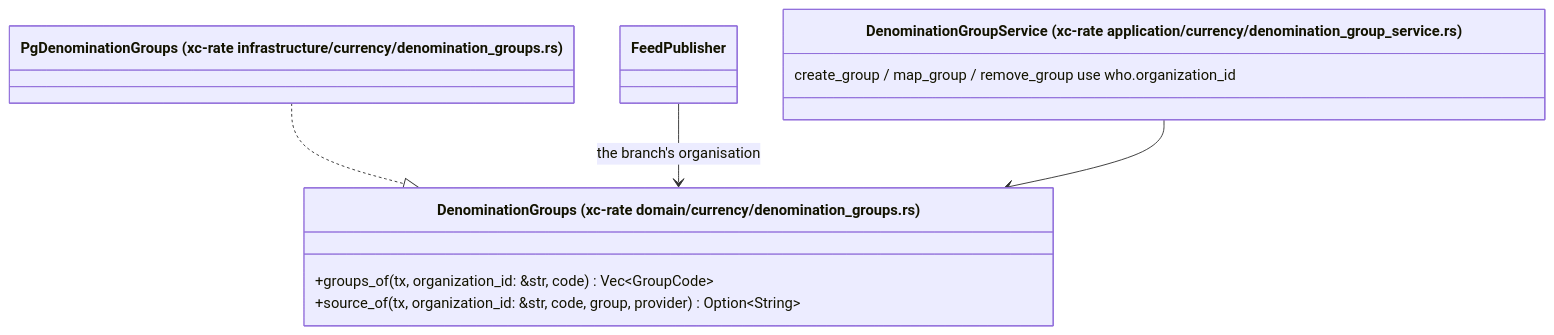
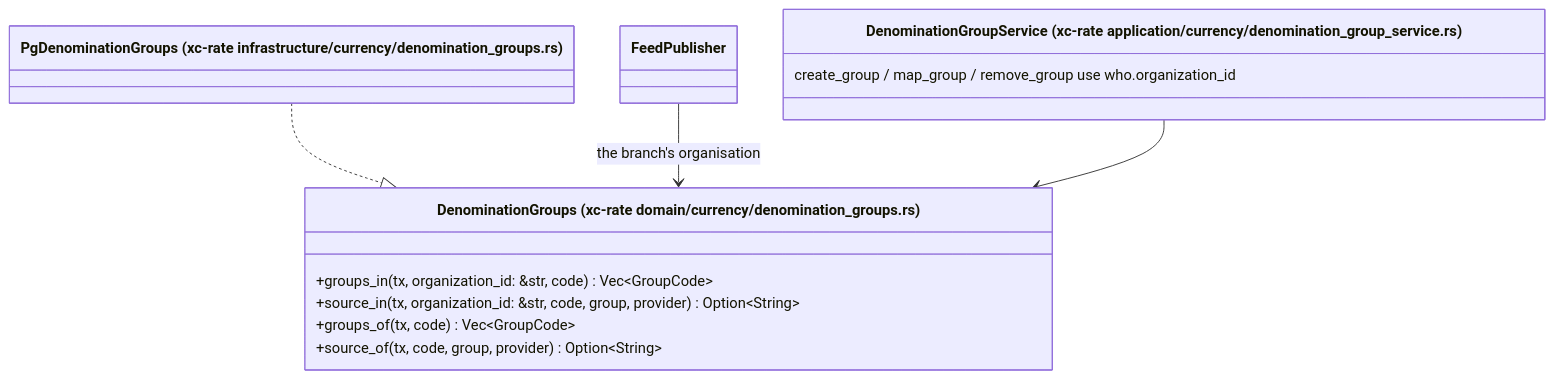
Before and after one commit to yuthstyle88/xchange-dev: diagram 12 of 13 in docs/design/org-wide-actor-branch.md, drawn with Mermaid. The commit also changed other lines of this file, not shown here.

Commit message:
docs(design): §15.15 groups_in / source_in keep the frozen test compiling (#5760)
The frozen xc-rate denomination_groups_test calls groups_of/source_of with
today's signature, so the organisation comes in through new methods.

Claude-Session: https://claude.ai/code/session_01BYi48GD3Rc5ZxUckUYdVoR

````diff
--- a/docs/design/org-wide-actor-branch.md
+++ b/docs/design/org-wide-actor-branch.md
@@ -1515,14 +1515,16 @@
 ```mermaid
 classDiagram
   class DenominationGroups["DenominationGroups (xc-rate domain/currency/denomination_groups.rs)"] {
-    +groups_of(tx, organization_id: &str, code) Vec~GroupCode~
-    +source_of(tx, organization_id: &str, code, group, provider) Option~String~
+    +groups_in(tx, organization_id: &str, code) Vec~GroupCode~
+    +source_in(tx, organization_id: &str, code, group, provider) Option~String~
+    +groups_of(tx, code) Vec~GroupCode~
+    +source_of(tx, code, group, provider) Option~String~
   }
   class PgDenominationGroups["PgDenominationGroups (xc-rate infrastructure/currency/denomination_groups.rs)"]
   class DenominationGroupService["DenominationGroupService (xc-rate application/currency/denomination_group_service.rs)"] {
     create_group / map_group / remove_group use who.organization_id
   }
   PgDenominationGroups ..|> DenominationGroups
   FeedPublisher --> DenominationGroups : the branch's organisation
   DenominationGroupService --> DenominationGroups
 ```
````
